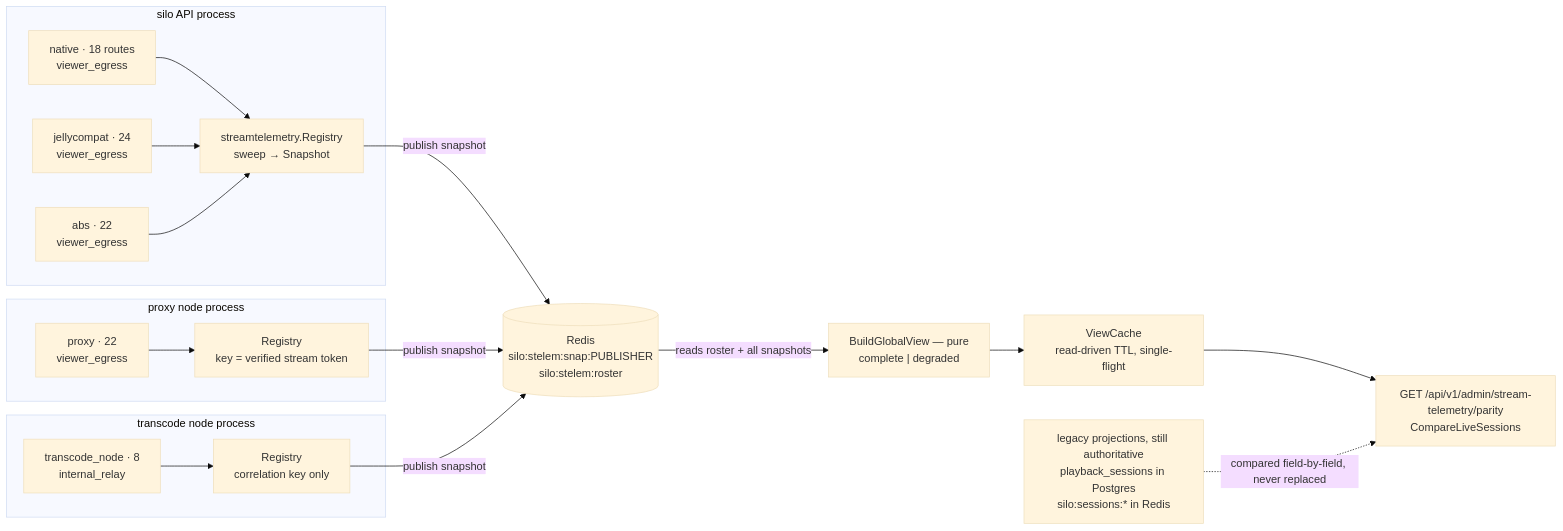
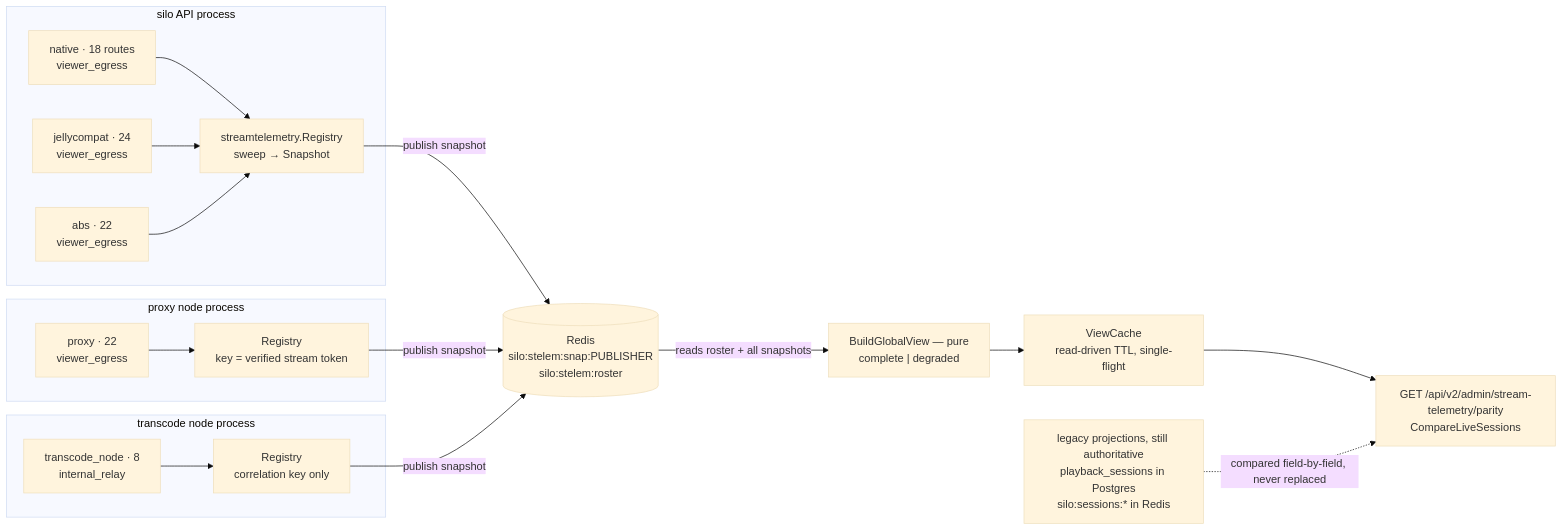
Before and after one commit to Silo-Server/silo-server: the first of 2 diagrams in docs/design/2026-08-17-stream-telemetry.md, drawn with Mermaid (base theme). The commit also changed other lines of this file and 71 other files, not shown here.

````diff
--- a/docs/design/2026-08-17-stream-telemetry.md
+++ b/docs/design/2026-08-17-stream-telemetry.md
@@ -53,21 +53,21 @@
 ```mermaid
 flowchart LR
   subgraph API["silo API process"]
     N["native · 18 routes<br/>viewer_egress"] --> RA["streamtelemetry.Registry<br/>sweep → Snapshot"]
     J["jellycompat · 24<br/>viewer_egress"] --> RA
     A["abs · 22<br/>viewer_egress"] --> RA
   end
   subgraph PX["proxy node process"]
     P["proxy · 22<br/>viewer_egress"] --> RP["Registry<br/>key = verified stream token"]
   end
   subgraph TN["transcode node process"]
     T["transcode_node · 8<br/>internal_relay"] --> RT["Registry<br/>correlation key only"]
   end
   RA -- "publish snapshot" --> R[("Redis<br/>silo:stelem:snap:PUBLISHER<br/>silo:stelem:roster")]
   RP -- "publish snapshot" --> R
   RT -- "publish snapshot" --> R
   R -- "reads roster + all snapshots" --> M["BuildGlobalView — pure<br/>complete | degraded"]
   M --> V["ViewCache<br/>read-driven TTL, single-flight"]
-  V --> E["GET /api/v1/admin/stream-telemetry/parity<br/>CompareLiveSessions"]
+  V --> E["GET /api/v2/admin/stream-telemetry/parity<br/>CompareLiveSessions"]
   L["legacy projections, still authoritative<br/>playback_sessions in Postgres<br/>silo:sessions:* in Redis"] -. "compared field-by-field, never replaced" .-> E
 ```
````
